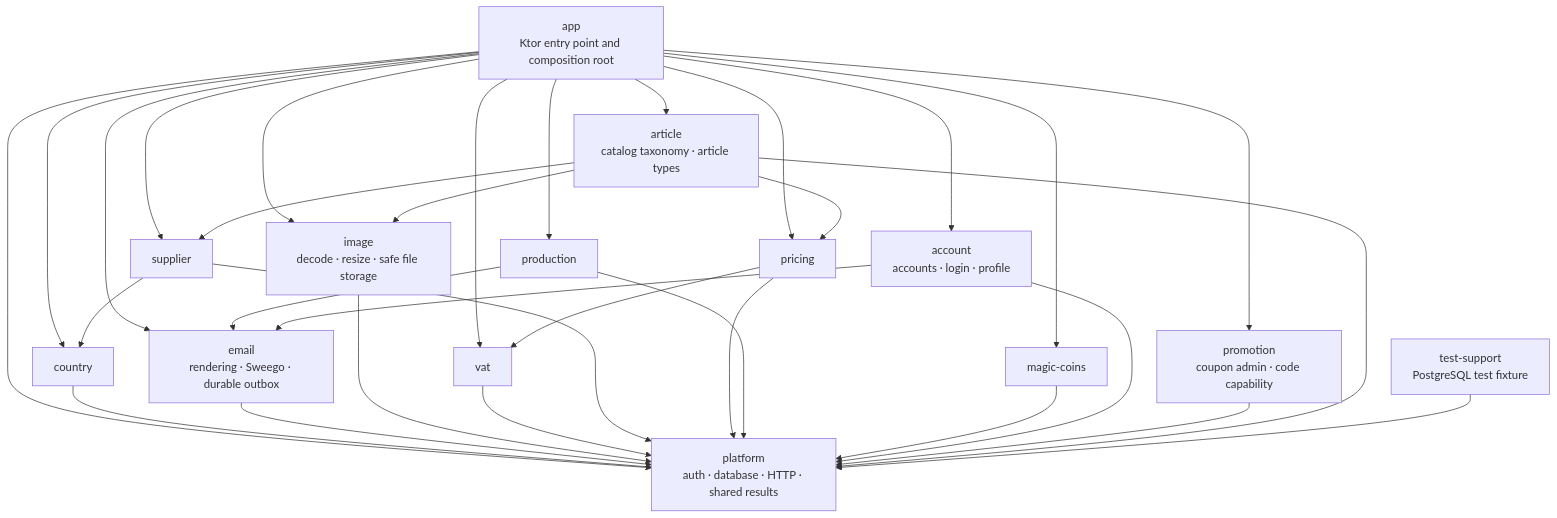
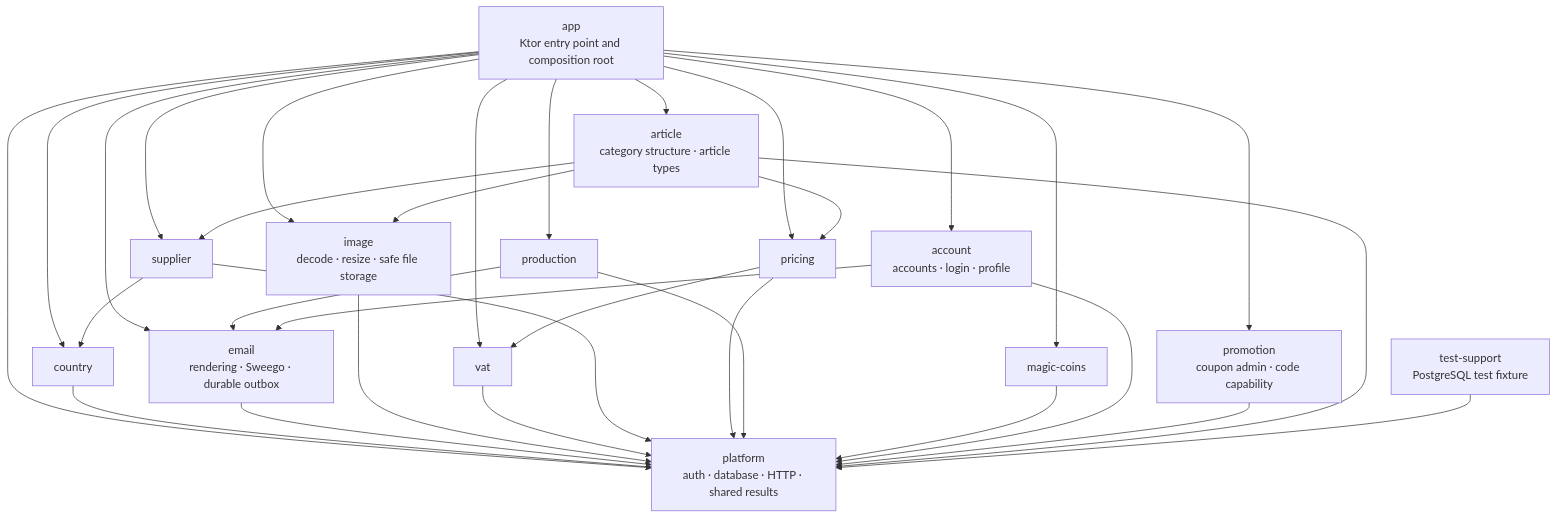
The diagram in docs/dev/backend/module-architecture.md (bitstorm-tech/voenix-shop-kotlin), drawn with Mermaid before and after one commit. The commit also changed other lines of this file and 40 other files, not shown here.

Commit message:
Retire the term taxonomy: package article.category, table article_category_ordering, CONTEXT.md glossary

````diff
--- a/docs/dev/backend/module-architecture.md
+++ b/docs/dev/backend/module-architecture.md
@@ -34,49 +34,49 @@
 ```mermaid
 flowchart TD
     App["app<br/>Ktor entry point and composition root"]
     Platform["platform<br/>auth · database · HTTP · shared results"]
     Country["country"]
     Email["email<br/>rendering · Sweego · durable outbox"]
     Image["image<br/>decode · resize · safe file storage"]
     Vat["vat"]
     Supplier["supplier"]
     Pricing["pricing"]
     Production["production"]
     MagicCoins["magic-coins"]
     Account["account<br/>accounts · login · profile"]
     Promotion["promotion<br/>coupon admin · code capability"]
-    Article["article<br/>catalog taxonomy · article types"]
+    Article["article<br/>category structure · article types"]
     TestSupport["test-support<br/>PostgreSQL test fixture"]
 
     App --> Platform
     App --> Account
     App --> Country
     App --> Email
     App --> Image
     App --> Vat
     App --> Supplier
     App --> Pricing
     App --> Production
     App --> MagicCoins
     App --> Promotion
     App --> Article
     Country --> Platform
     Email --> Platform
     Image --> Platform
     Vat --> Platform
     Supplier --> Platform
     Supplier --> Country
     Pricing --> Platform
     Pricing --> Vat
     Production --> Platform
     Production --> Email
     MagicCoins --> Platform
     Account --> Platform
     Account --> Email
     Promotion --> Platform
     Article --> Platform
     Article --> Image
     Article --> Pricing
     Article --> Supplier
     TestSupport --> Platform
 ```
````
